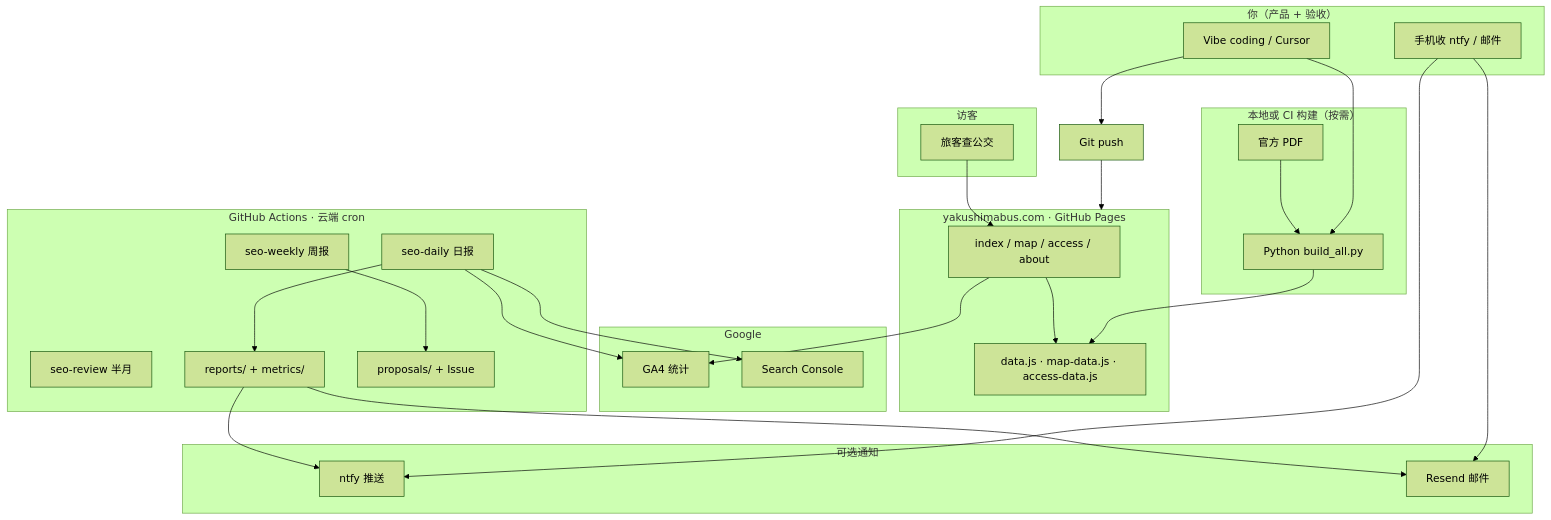
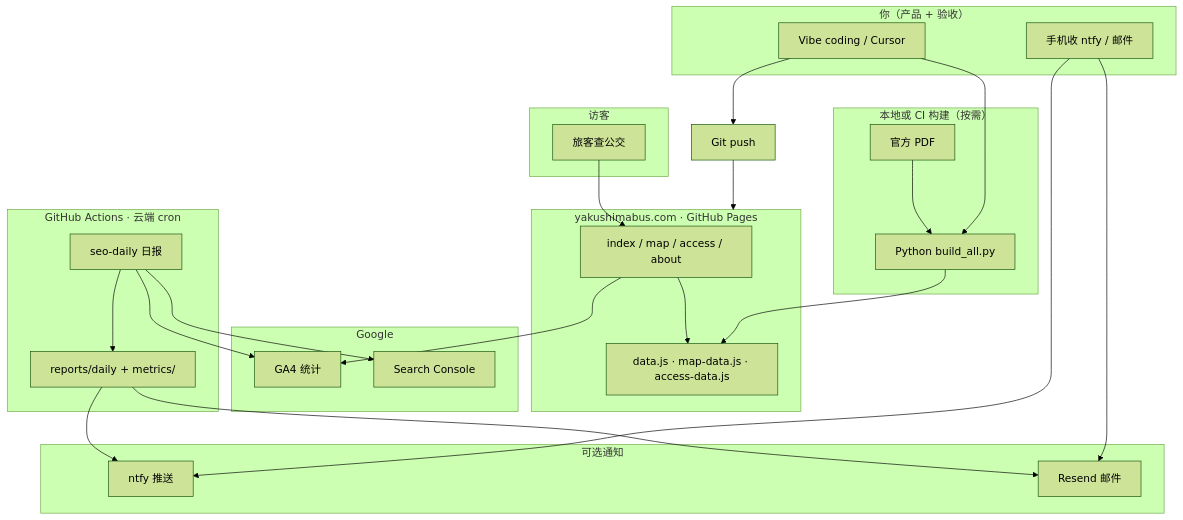
One commit to yimleunggggg/Yakushima-bus changed the diagram in docs/playbook/03-架构一览.md. Above: the diagram before and after it, drawn with Mermaid (forest theme). The commit also changed 11 other files, not shown here.

First line of the commit message:
chore(seo): 移除半月/周报 workflow，只保留 daily

````diff
--- a/docs/playbook/03-架构一览.md
+++ b/docs/playbook/03-架构一览.md
@@ -5,53 +5,50 @@
 ```mermaid
 flowchart TB
   subgraph 你["你（产品 + 验收）"]
     V[Vibe coding / Cursor]
     M[手机收 ntfy / 邮件]
   end
 
   subgraph 用户["访客"]
     U[旅客查公交]
   end
 
   subgraph 站点["yakushimabus.com · GitHub Pages"]
     HTML[index / map / access / about]
     JS[data.js · map-data.js · access-data.js]
     HTML --> JS
   end
 
   subgraph 构建["本地或 CI 构建（按需）"]
     PDF[官方 PDF]
     PY[Python build_all.py]
     PDF --> PY --> JS
   end
 
   subgraph Google["Google"]
     GA4[GA4 统计]
     GSC[Search Console]
   end
 
   subgraph 自动化["GitHub Actions · 云端 cron"]
     D[seo-daily 日报]
-    W[seo-weekly 周报]
-    B[seo-review 半月]
-    D --> R[reports/ + metrics/]
-    W --> P[proposals/ + Issue]
+    D --> R[reports/daily + metrics/]
   end
 
   subgraph 通知["可选通知"]
     N[ntfy 推送]
     E[Resend 邮件]
   end
 
   U --> HTML
   HTML --> GA4
   V --> PY
   V --> Git[Git push]
   Git --> 站点
   D --> GA4
   D --> GSC
   R --> N
   R --> E
   M --> N
   M --> E
 ```
````
